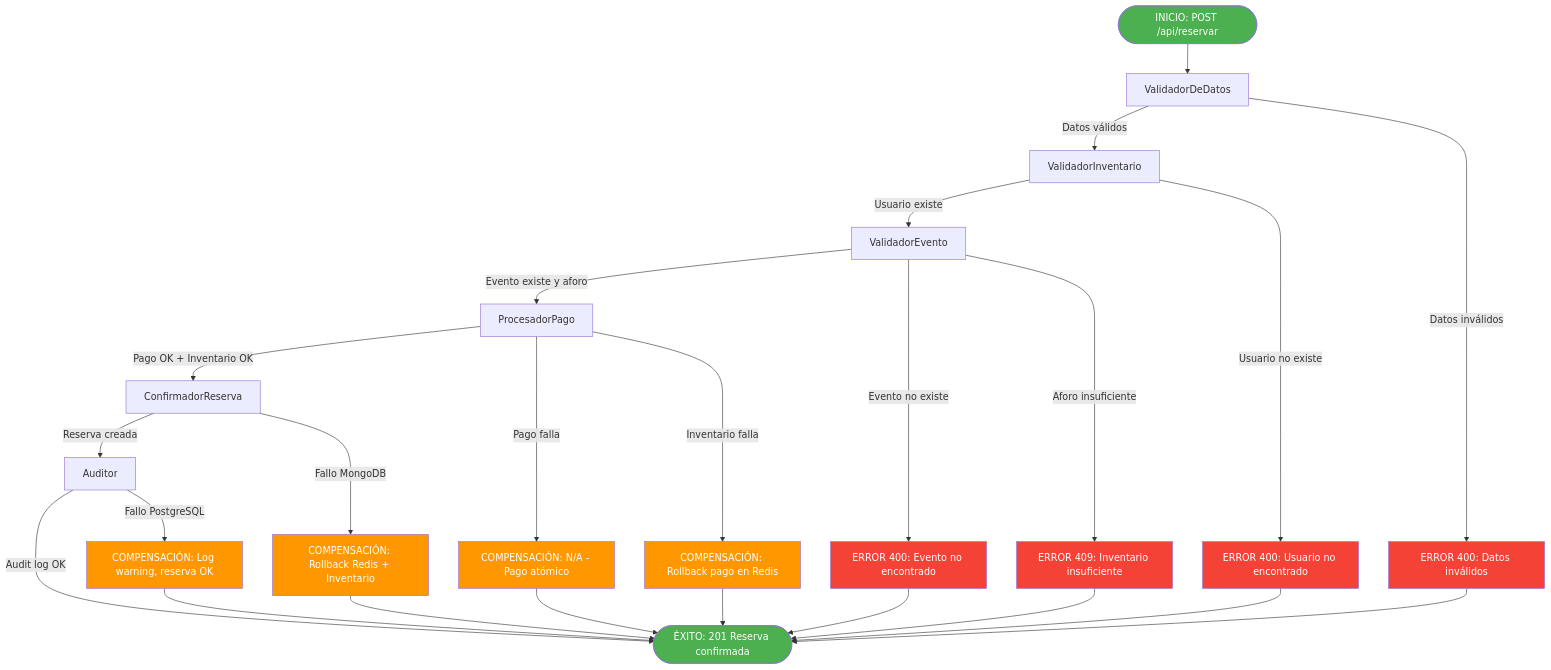
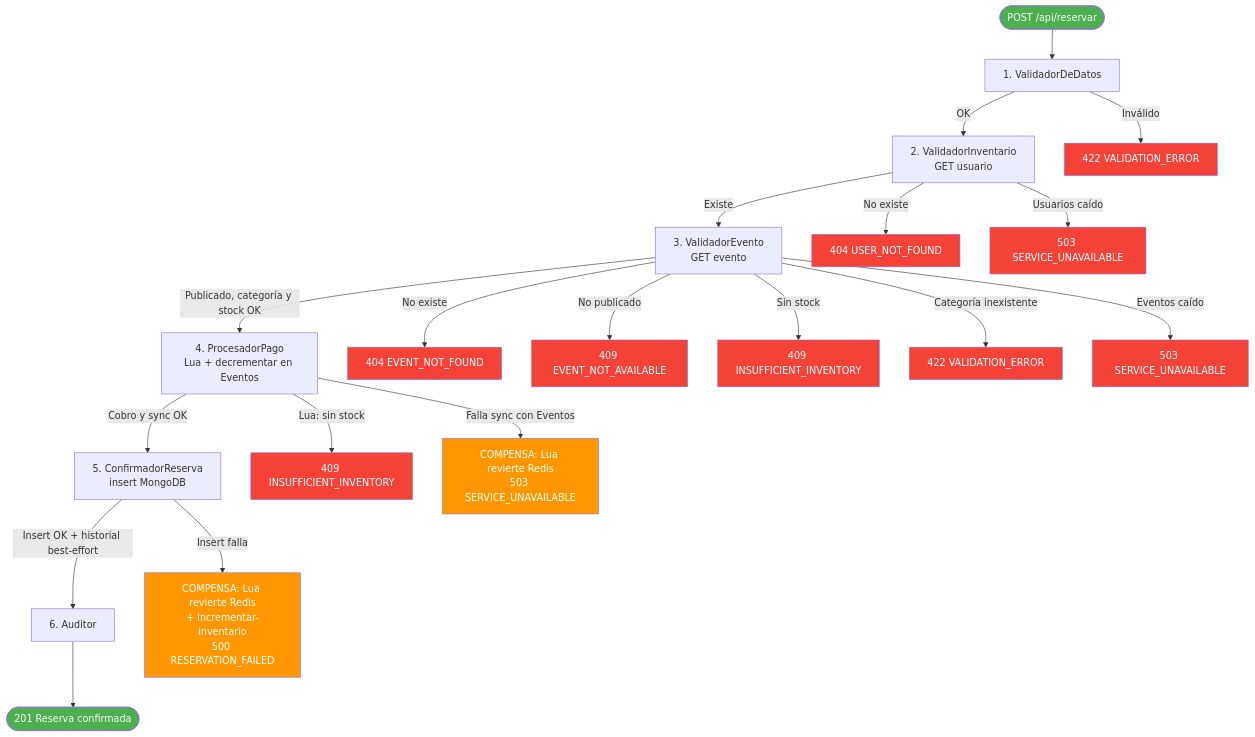
Before and after one commit to fmq203/FQ-NoSQL-2026: the diagram in TAREA 2/brain/architecture/saga-flow.md, drawn with Mermaid. The commit also changed other lines of this file and 34 other files, not shown here.

````diff
--- a/TAREA 2/brain/architecture/saga-flow.md
+++ b/TAREA 2/brain/architecture/saga-flow.md
@@ -19,44 +21,41 @@
 ```mermaid
 flowchart TD
-    Start([INICIO: POST /api/reservar]) --> VD[ValidadorDeDatos]
-    
-    VD -->|Datos válidos| VI[ValidadorInventario]
-    VD -->|Datos inválidos| Err1[ERROR 400: Datos inválidos]
-    
-    VI -->|Usuario existe| EV[ValidadorEvento]
-    VI -->|Usuario no existe| Err2[ERROR 400: Usuario no encontrado]
-    
-    EV -->|Evento existe y aforo| PP[ProcesadorPago]
-    EV -->|Evento no existe| Err3[ERROR 400: Evento no encontrado]
-    EV -->|Aforo insuficiente| Err4[ERROR 409: Inventario insuficiente]
-    
-    PP -->|Pago OK + Inventario OK| CR[ConfirmadorReserva]
-    PP -->|Pago falla| Comp1[COMPENSACIÓN: N/A - Pago atómico]
-    PP -->|Inventario falla| Comp2[COMPENSACIÓN: Rollback pago en Redis]
-    
-    CR -->|Reserva creada| Aud[Auditor]
-    CR -->|Fallo MongoDB| Comp3[COMPENSACIÓN: Rollback Redis + Inventario]
-    
-    Aud -->|Audit log OK| End([ÉXITO: 201 Reserva confirmada])
-    Aud -->|Fallo PostgreSQL| Comp4[COMPENSACIÓN: Log warning, reserva OK]
-    
-    Err1 --> End
-    Err2 --> End
-    Err3 --> End
-    Err4 --> End
-    Comp1 --> End
-    Comp2 --> End
-    Comp3 --> End
-    Comp4 --> End
+    Start([POST /api/reservar]) --> VD[1. ValidadorDeDatos]
+
+    VD -->|OK| VI[2. ValidadorInventario<br/>GET usuario]
+    VD -->|Inválido| Err1[422 VALIDATION_ERROR]
+
+    VI -->|Existe| EV[3. ValidadorEvento<br/>GET evento]
+    VI -->|No existe| Err2[404 USER_NOT_FOUND]
+    VI -->|Usuarios caído| Err2b[503 SERVICE_UNAVAILABLE]
+
+    EV -->|Publicado, categoría y stock OK| PP[4. ProcesadorPago<br/>Lua + decrementar en Eventos]
+    EV -->|No existe| Err3[404 EVENT_NOT_FOUND]
+    EV -->|No publicado| Err3b[409 EVENT_NOT_AVAILABLE]
+    EV -->|Sin stock| Err4[409 INSUFFICIENT_INVENTORY]
+    EV -->|Categoría inexistente| Err4b[422 VALIDATION_ERROR]
+    EV -->|Eventos caído| Err3c[503 SERVICE_UNAVAILABLE]
+
+    PP -->|Cobro y sync OK| CR[5. ConfirmadorReserva<br/>insert MongoDB]
+    PP -->|Lua: sin stock| Err5[409 INSUFFICIENT_INVENTORY]
+    PP -->|Falla sync con Eventos| Comp1[COMPENSA: Lua revierte Redis<br/>503 SERVICE_UNAVAILABLE]
+
+    CR -->|Insert OK + historial best-effort| Aud[6. Auditor]
+    CR -->|Insert falla| Comp2[COMPENSA: Lua revierte Redis<br/>+ incrementar-inventario<br/>500 RESERVATION_FAILED]
+
+    Aud --> End([201 Reserva confirmada])
 
     style Start fill:#4caf50,color:#fff
     style End fill:#4caf50,color:#fff
     style Err1 fill:#f44336,color:#fff
     style Err2 fill:#f44336,color:#fff
+    style Err2b fill:#f44336,color:#fff
     style Err3 fill:#f44336,color:#fff
+    style Err3b fill:#f44336,color:#fff
+    style Err3c fill:#f44336,color:#fff
     style Err4 fill:#f44336,color:#fff
+    style Err4b fill:#f44336,color:#fff
+    style Err5 fill:#f44336,color:#fff
     style Comp1 fill:#ff9800,color:#fff
     style Comp2 fill:#ff9800,color:#fff
-    style Comp3 fill:#ff9800,color:#fff
-    style Comp4 fill:#ff9800,color:#fff
 ```
````
